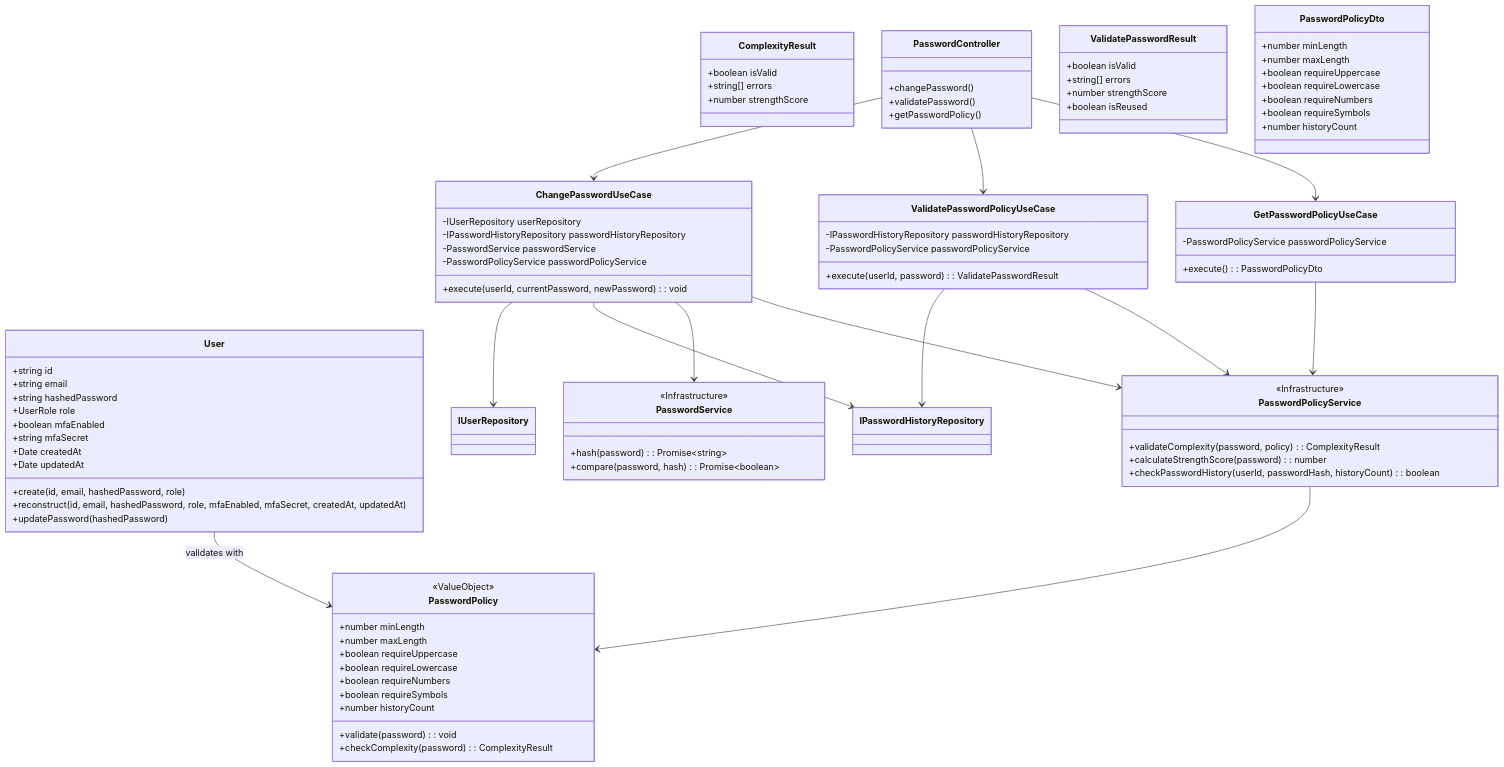
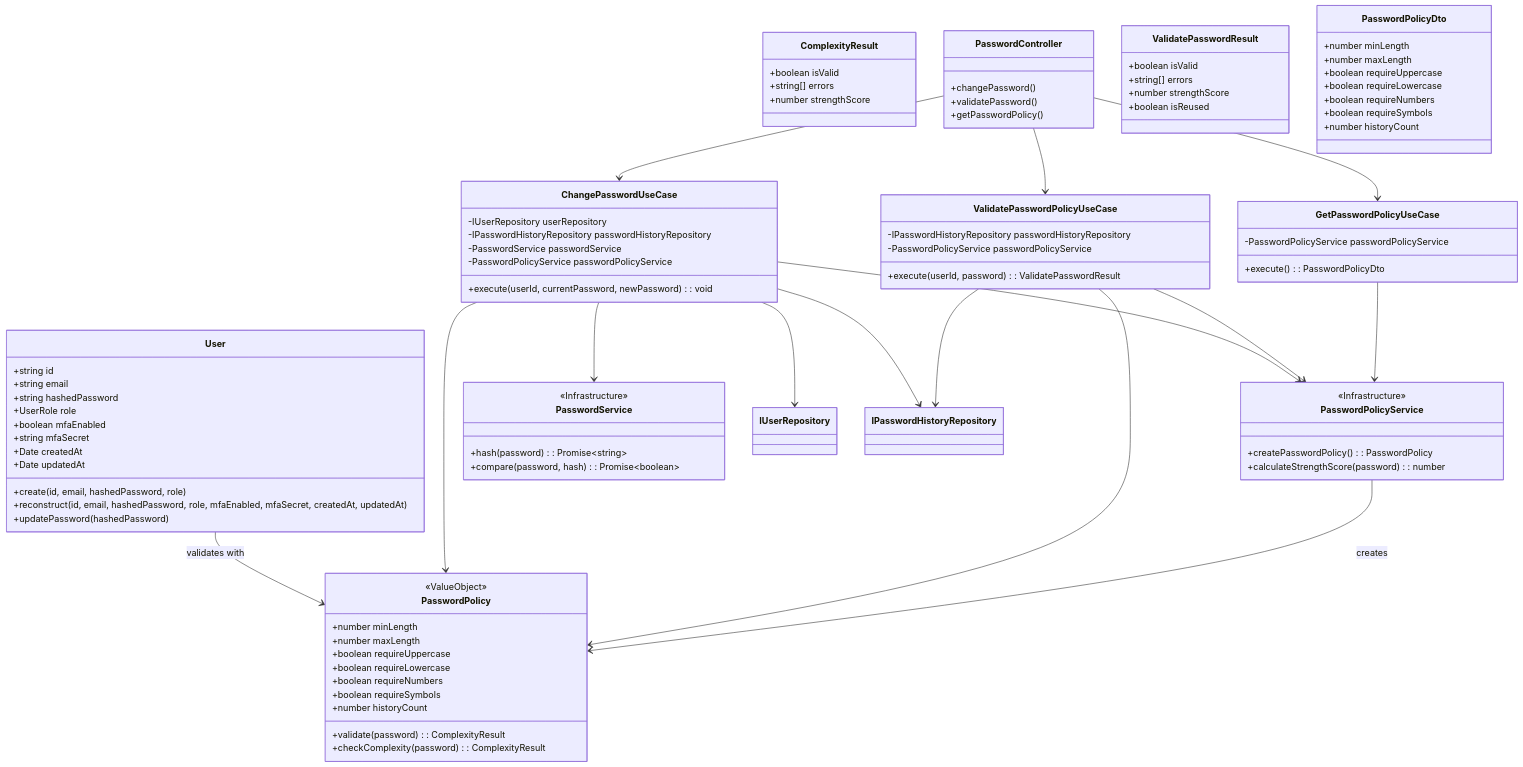
The first of 3 diagrams in docs/detailed-design/MWD-32_password-policy-implementation/class-diagrams.md (kencom2400/MrWebDefence-Console), drawn with Mermaid before and after one commit. The commit also changed other lines of this file and 4 other files, not shown here.

````diff
--- a/docs/detailed-design/MWD-32_password-policy-implementation/class-diagrams.md
+++ b/docs/detailed-design/MWD-32_password-policy-implementation/class-diagrams.md
@@ -27,7 +27,7 @@
         +boolean requireNumbers
         +boolean requireSymbols
         +number historyCount
-        +validate(password): void
+        +validate(password): ComplexityResult
         +checkComplexity(password): ComplexityResult
     }
 
@@ -58,9 +58,8 @@
 
     class PasswordPolicyService {
         <<Infrastructure>>
-        +validateComplexity(password, policy): ComplexityResult
+        +createPasswordPolicy(): PasswordPolicy
         +calculateStrengthScore(password): number
-        +checkPasswordHistory(userId, passwordHash, historyCount): boolean
     }
 
     class PasswordService {
@@ -96,12 +95,14 @@
     ChangePasswordUseCase --> IUserRepository
     ChangePasswordUseCase --> IPasswordHistoryRepository
     ChangePasswordUseCase --> PasswordService
+    ChangePasswordUseCase --> PasswordPolicy
     ChangePasswordUseCase --> PasswordPolicyService
     ValidatePasswordPolicyUseCase --> IPasswordHistoryRepository
+    ValidatePasswordPolicyUseCase --> PasswordPolicy
     ValidatePasswordPolicyUseCase --> PasswordPolicyService
     GetPasswordPolicyUseCase --> PasswordPolicyService
     PasswordController --> ChangePasswordUseCase
     PasswordController --> ValidatePasswordPolicyUseCase
     PasswordController --> GetPasswordPolicyUseCase
-    PasswordPolicyService --> PasswordPolicy
+    PasswordPolicyService --> PasswordPolicy : creates
 ```
````
